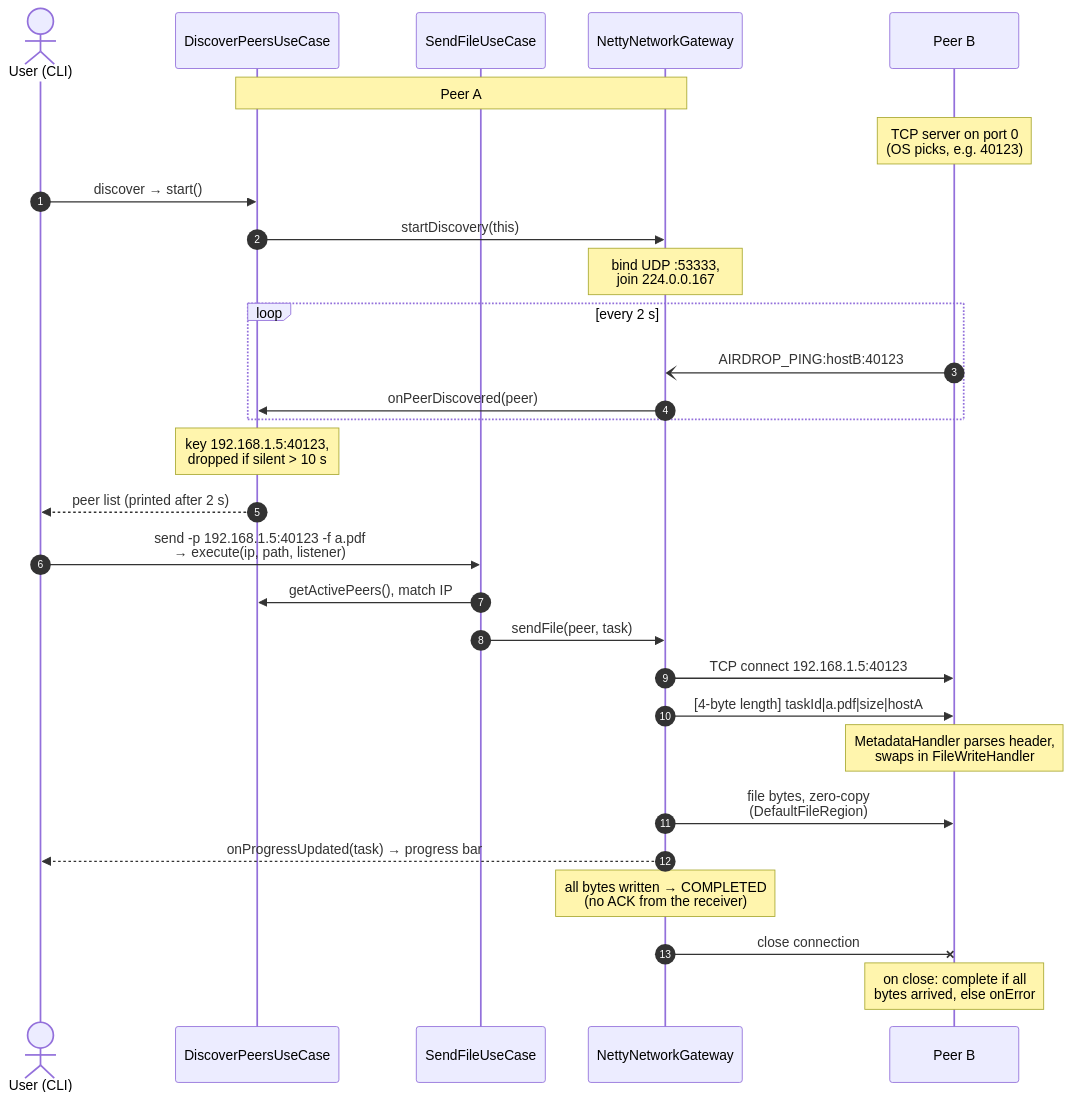
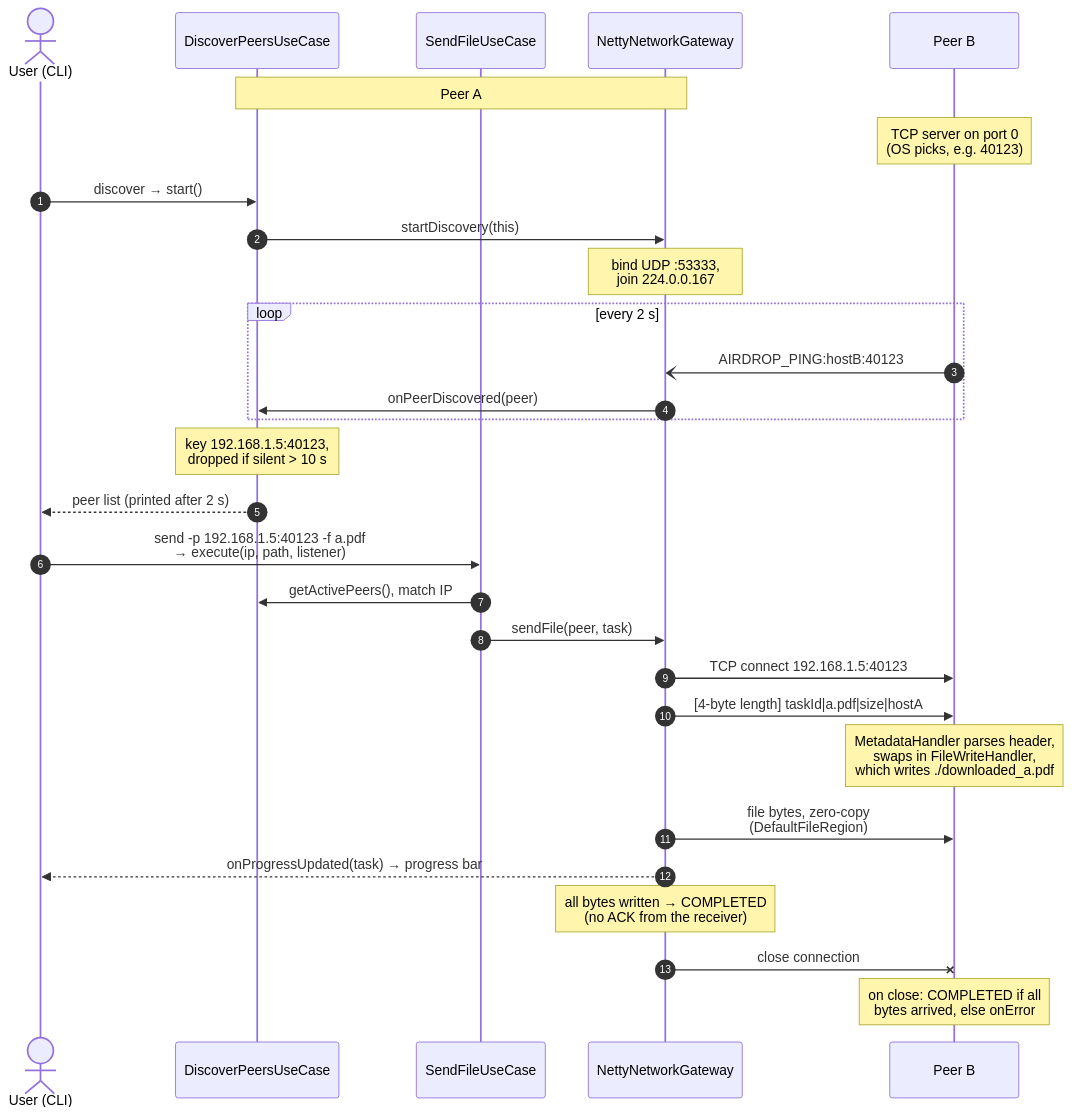
Before and after one commit to Adam010341/decentralized-file-transfer: the second of 2 diagrams in README.md, drawn with Mermaid. The commit also changed other lines of this file, not shown here.

````diff
--- a/README.md
+++ b/README.md
@@ -67,33 +67,33 @@
 ```mermaid
 sequenceDiagram
     autonumber
     actor U as User (CLI)
     participant R as DiscoverPeersUseCase
     participant S as SendFileUseCase
     participant N as NettyNetworkGateway
     participant B as Peer B
 
     Note over R,N: Peer A
     Note over B: TCP server on port 0<br/>(OS picks, e.g. 40123)
     U->>R: discover → start()
     R->>N: startDiscovery(this)
     Note over N: bind UDP :53333,<br/>join 224.0.0.167
     loop every 2 s
         B-)N: AIRDROP_PING:hostB:40123
         N->>R: onPeerDiscovered(peer)
     end
     Note over R: key 192.168.1.5:40123,<br/>dropped if silent > 10 s
     R-->>U: peer list (printed after 2 s)
 
     U->>S: send -p 192.168.1.5:40123 -f a.pdf<br/>→ execute(ip, path, listener)
     S->>R: getActivePeers(), match IP
     S->>N: sendFile(peer, task)
     N->>B: TCP connect 192.168.1.5:40123
     N->>B: [4-byte length] taskId|a.pdf|size|hostA
-    Note over B: MetadataHandler parses header,<br/>swaps in FileWriteHandler
+    Note over B: MetadataHandler parses header,<br/>swaps in FileWriteHandler,<br/>which writes ./downloaded_a.pdf
     N->>B: file bytes, zero-copy<br/>(DefaultFileRegion)
     N-->>U: onProgressUpdated(task) → progress bar
     Note over N: all bytes written → COMPLETED<br/>(no ACK from the receiver)
     N-xB: close connection
-    Note over B: on close: complete if all<br/>bytes arrived, else onError
+    Note over B: on close: COMPLETED if all<br/>bytes arrived, else onError
 ```
````
